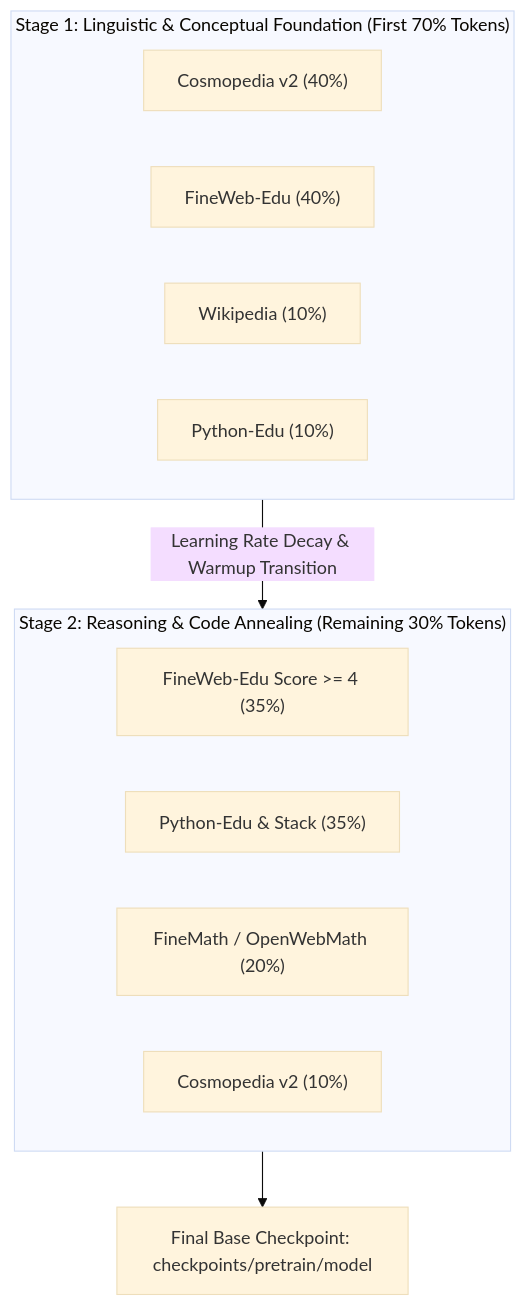
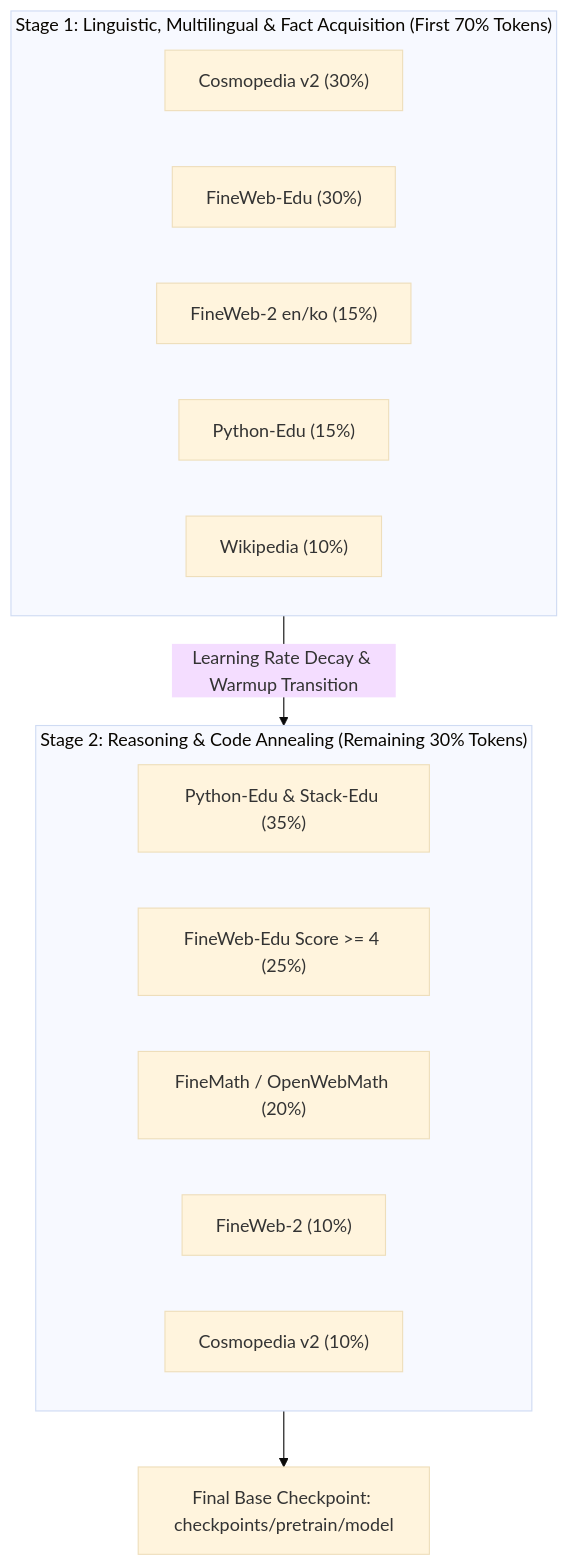
The second of 2 diagrams in docs/pretrain_data_plan.md (ztor2/jerboa), drawn with Mermaid (base theme) before and after one commit. The commit also changed other lines of this file, not shown here.

Commit message:
include fineweb 2 in plan

````diff
--- a/docs/pretrain_data_plan.md
+++ b/docs/pretrain_data_plan.md
@@ -92,19 +94,21 @@
 ```mermaid
 flowchart TD
-    subgraph Stage1["Stage 1: Linguistic & Conceptual Foundation (First 70% Tokens)"]
-        A1["Cosmopedia v2 (40%)"]
-        A2["FineWeb-Edu (40%)"]
-        A3["Wikipedia (10%)"]
-        A4["Python-Edu (10%)"]
+    subgraph Stage1["Stage 1: Linguistic, Multilingual & Fact Acquisition (First 70% Tokens)"]
+        A1["Cosmopedia v2 (30%)"]
+        A2["FineWeb-Edu (30%)"]
+        A3["FineWeb-2 en/ko (15%)"]
+        A4["Python-Edu (15%)"]
+        A5["Wikipedia (10%)"]
     end
 
     subgraph Stage2["Stage 2: Reasoning & Code Annealing (Remaining 30% Tokens)"]
-        B1["FineWeb-Edu Score >= 4 (35%)"]
-        B2["Python-Edu & Stack (35%)"]
+        B1["Python-Edu & Stack-Edu (35%)"]
+        B2["FineWeb-Edu Score >= 4 (25%)"]
         B3["FineMath / OpenWebMath (20%)"]
-        B4["Cosmopedia v2 (10%)"]
+        B4["FineWeb-2 (10%)"]
+        B5["Cosmopedia v2 (10%)"]
     end
 
     Stage1 -->|Learning Rate Decay & Warmup Transition| Stage2
     Stage2 --> BASE["Final Base Checkpoint: checkpoints/pretrain/model"]
 ```
````
